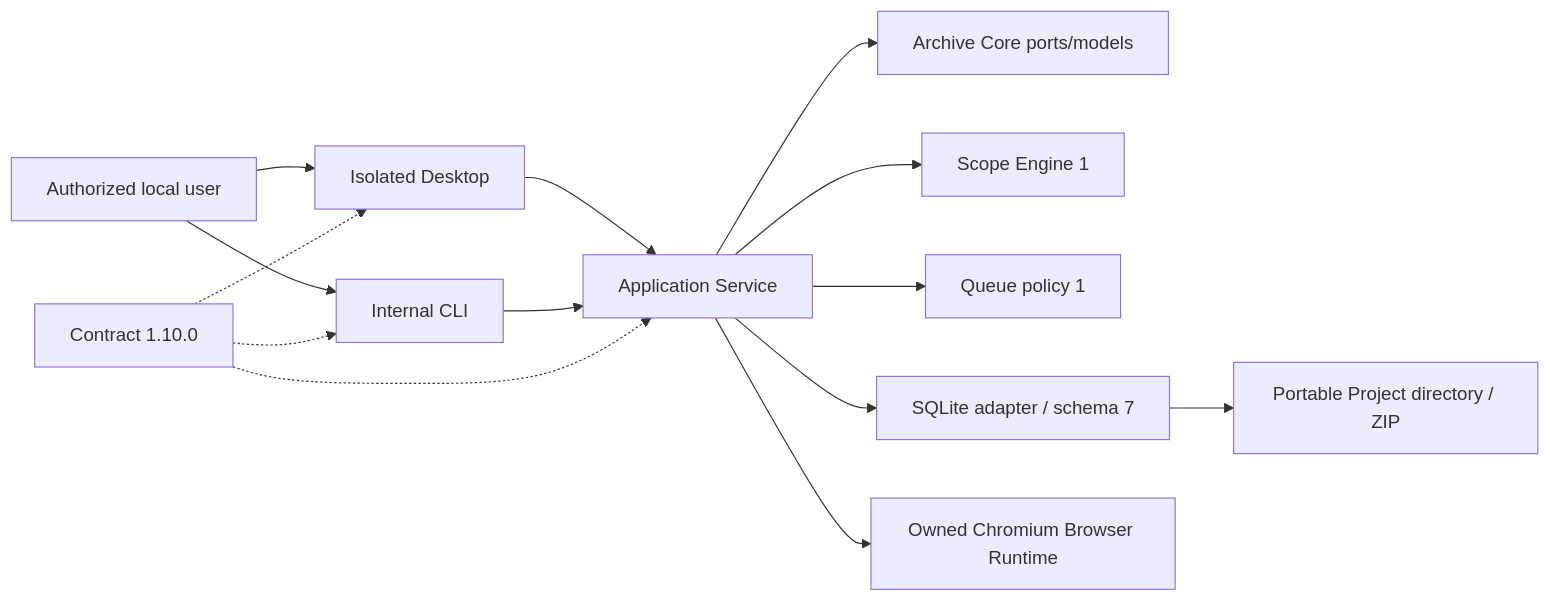
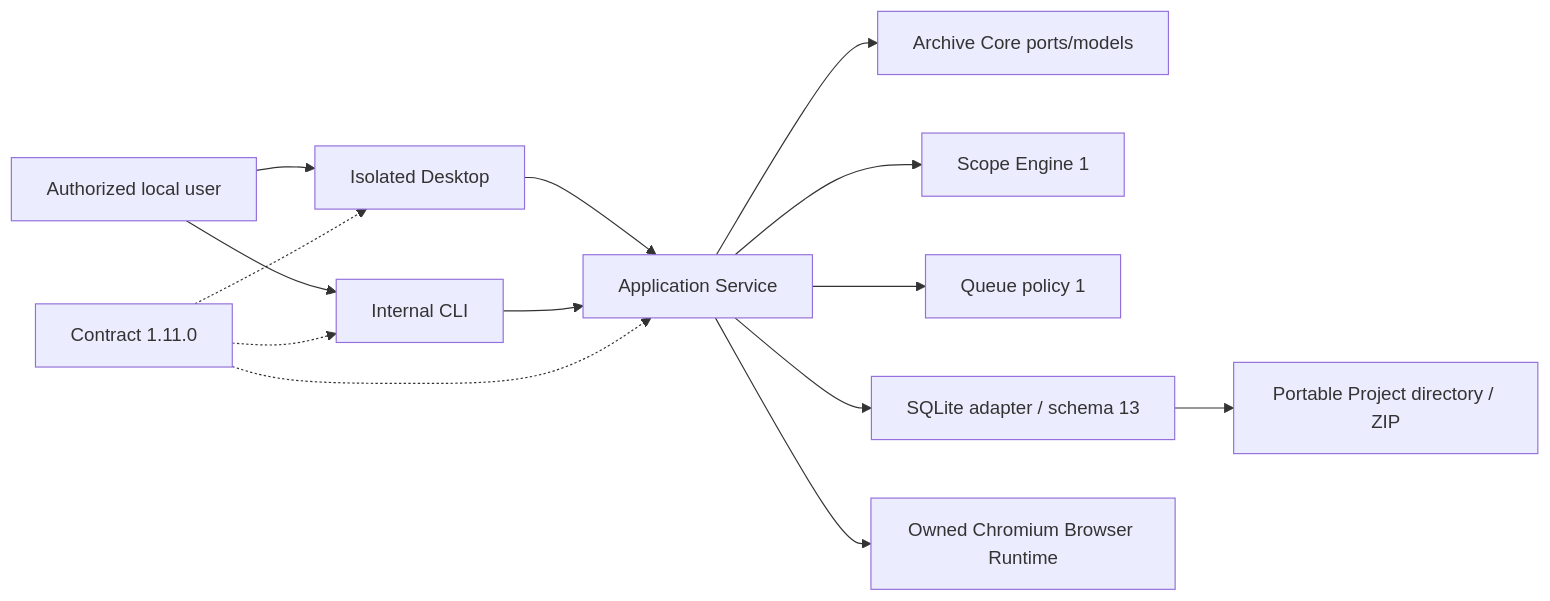
One commit to sasanzare/OfflineWebArchiver changed the diagram in docs/architecture/SYSTEM_CONTEXT.md. Above: the diagram before and after it, drawn with Mermaid. The commit also changed other lines of this file and 74 other files, not shown here.

````diff
--- a/docs/architecture/SYSTEM_CONTEXT.md
+++ b/docs/architecture/SYSTEM_CONTEXT.md
@@ -11,16 +11,16 @@
 ```mermaid
 flowchart LR
   User["Authorized local user"] --> Desktop["Isolated Desktop"]
   User --> CLI["Internal CLI"]
   Desktop --> Service["Application Service"]
   CLI --> Service
   Service --> Core["Archive Core ports/models"]
   Service --> Scope["Scope Engine 1"]
   Service --> Queue["Queue policy 1"]
-  Service --> Persistence["SQLite adapter / schema 7"]
+  Service --> Persistence["SQLite adapter / schema 13"]
   Service --> Browser["Owned Chromium Browser Runtime"]
   Persistence --> Files["Portable Project directory / ZIP"]
-  Contracts["Contract 1.10.0"] -.-> Desktop
+  Contracts["Contract 1.11.0"] -.-> Desktop
   Contracts -.-> CLI
   Contracts -.-> Service
 ```
````
